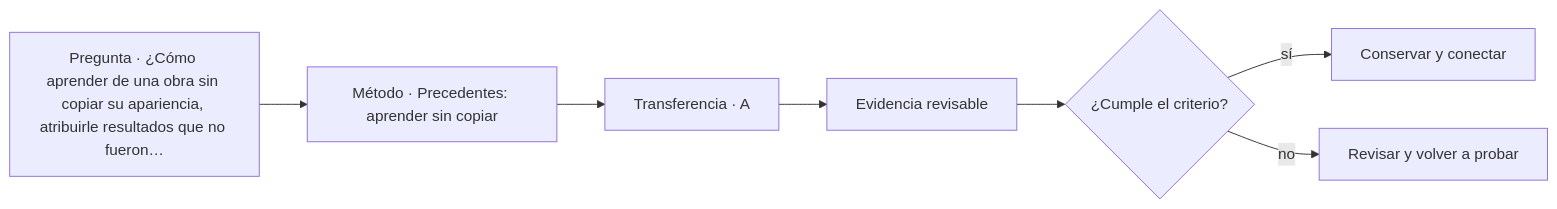
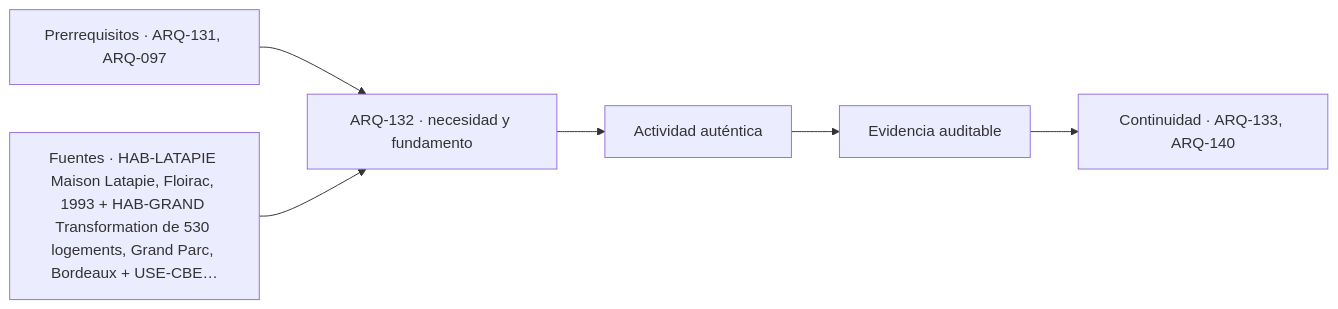
The diagram in classes/parte-14/ARQ-132.md (vladimiracunadev-create/architecture-built-environment-learning-program), drawn with Mermaid before and after one commit. The commit also changed other lines of this file and 761 other files, not shown here.

````diff
--- a/classes/parte-14/ARQ-132.md
+++ b/classes/parte-14/ARQ-132.md
@@ -102,9 +114,8 @@
 ```mermaid
 flowchart LR
-    Q["Pregunta · ¿Cómo aprender de una obra sin copiar su apariencia, atribuirle resultados que no fueron…"] --> M["Método · Precedentes: aprender sin copiar"]
-    M --> P["Transferencia · A"]
-    P --> E["Evidencia revisable"]
-    E --> C{"¿Cumple el criterio?"}
-    C -->|sí| T["Conservar y conectar"]
-    C -->|no| R["Revisar y volver a probar"]
+    A["Prerrequisitos · ARQ-131, ARQ-097"] --> B["ARQ-132 · necesidad y fundamento"]
+    S["Fuentes · HAB-LATAPIE Maison Latapie, Floirac, 1993 + HAB-GRAND Transformation de 530 logements, Grand Parc, Bordeaux + USE-CBE…"] --> B
+    B --> C["Actividad auténtica"]
+    C --> D["Evidencia auditable"]
+    D --> E["Continuidad · ARQ-133, ARQ-140"]
 ```
````
